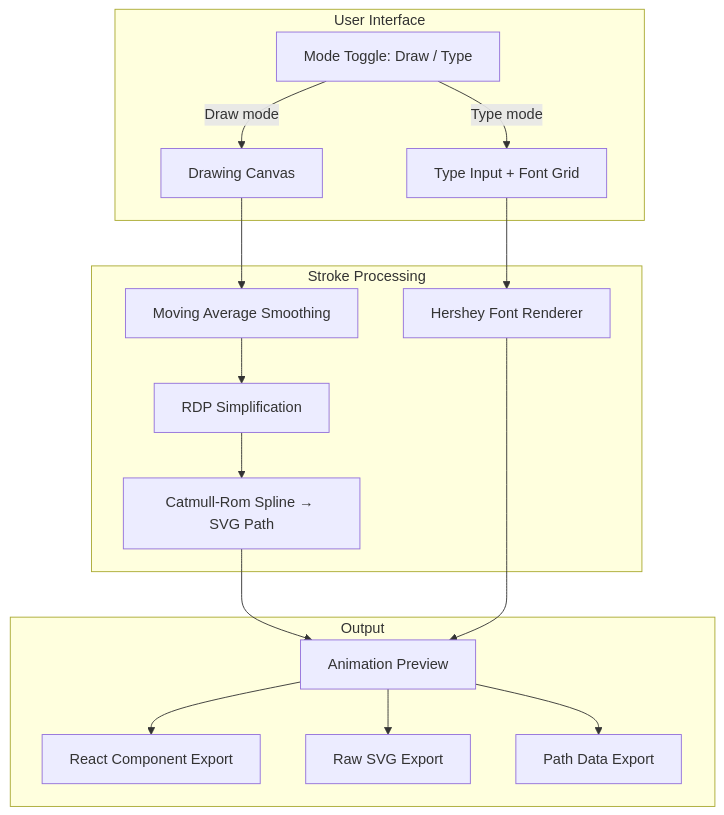
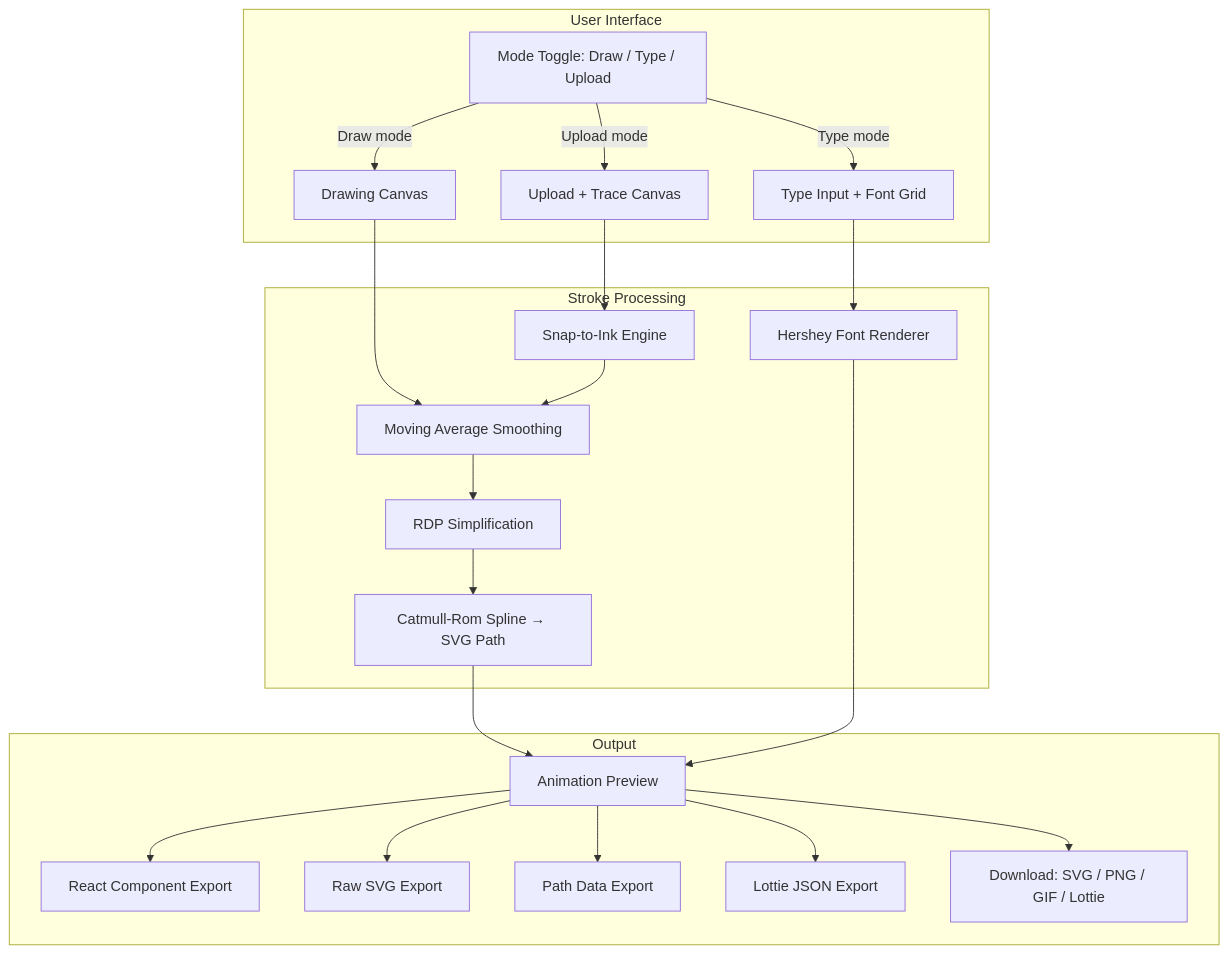
One commit to Technical-1/All-About-Me changed the diagram in public/data/portfolio/Signature-Studio/architecture.md. Above: the diagram before and after it, drawn with Mermaid. The commit also changed other lines of this file and 9 other files, not shown here.

````diff
--- a/public/data/portfolio/Signature-Studio/architecture.md
+++ b/public/data/portfolio/Signature-Studio/architecture.md
@@ -5,32 +5,40 @@
 ```mermaid
 flowchart TD
     subgraph UI["User Interface"]
-        A[Mode Toggle: Draw / Type]
+        A[Mode Toggle: Draw / Type / Upload]
         B[Drawing Canvas]
         C[Type Input + Font Grid]
+        D[Upload + Trace Canvas]
     end
 
     subgraph Processing["Stroke Processing"]
-        D[Moving Average Smoothing]
-        E[RDP Simplification]
-        F[Catmull-Rom Spline → SVG Path]
-        G[Hershey Font Renderer]
+        E[Moving Average Smoothing]
+        F[RDP Simplification]
+        G[Catmull-Rom Spline → SVG Path]
+        H[Hershey Font Renderer]
+        I[Snap-to-Ink Engine]
     end
 
     subgraph Output["Output"]
-        H[Animation Preview]
-        I[React Component Export]
-        J[Raw SVG Export]
-        K[Path Data Export]
+        J[Animation Preview]
+        K[React Component Export]
+        L[Raw SVG Export]
+        M[Path Data Export]
+        N[Lottie JSON Export]
+        O[Download: SVG / PNG / GIF / Lottie]
     end
 
     A -->|Draw mode| B
     A -->|Type mode| C
-    B --> D --> E --> F
-    C --> G
-    F --> H
-    G --> H
-    H --> I
+    A -->|Upload mode| D
+    B --> E --> F --> G
+    C --> H
+    D --> I --> E
+    G --> J
     H --> J
-    H --> K
+    J --> K
+    J --> L
+    J --> M
+    J --> N
+    J --> O
 ```
````
